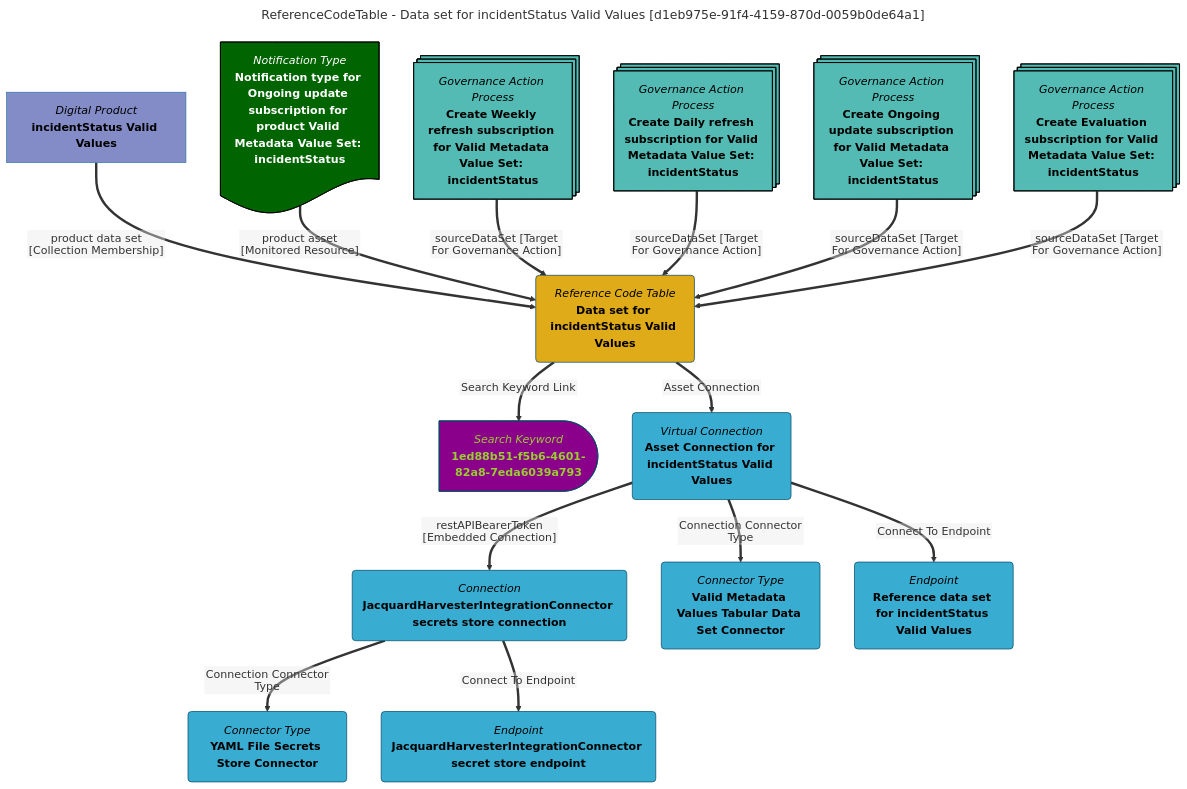
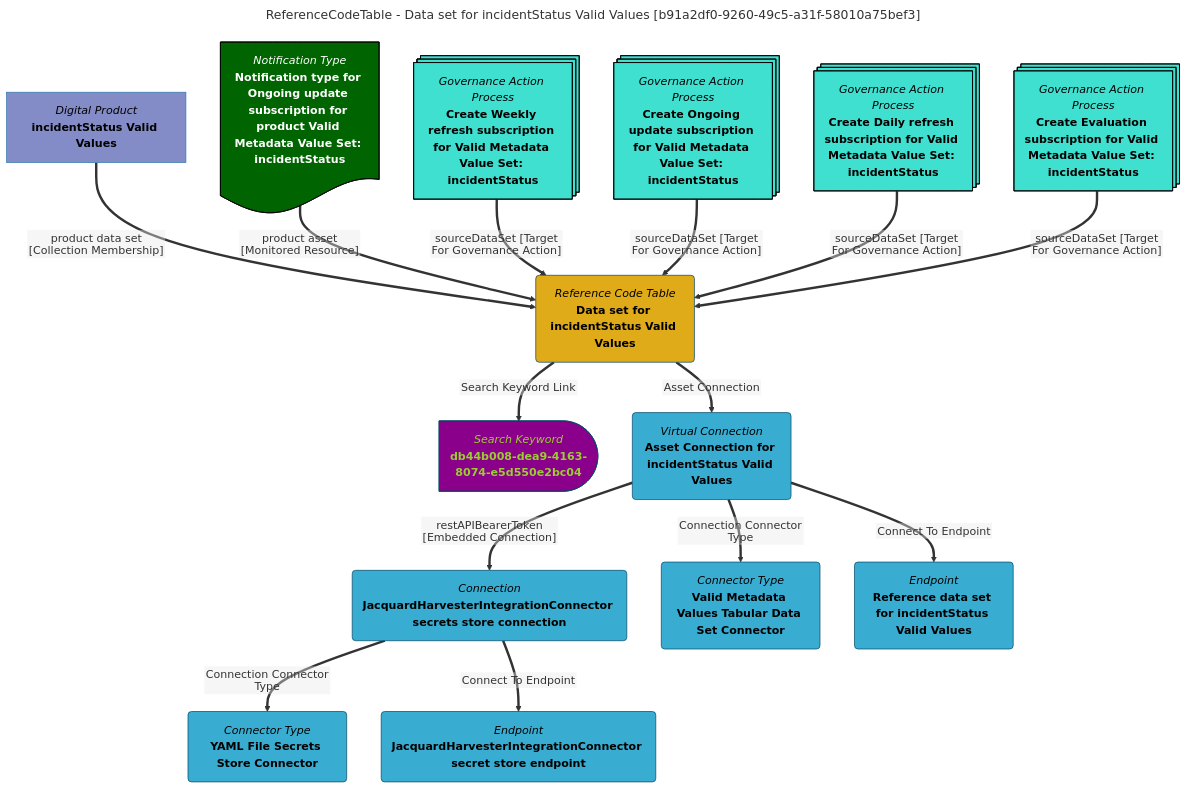
Before and after one commit to odpi/egeria-docs: the diagram in site/snippets/data-assets/data-set-for-incidentstatus-valid-values-mermaid-graph.md, drawn with Mermaid. The commit also changed 2201 other files, not shown here.

````diff
--- a/site/snippets/data-assets/data-set-for-incidentstatus-valid-values-mermaid-graph.md
+++ b/site/snippets/data-assets/data-set-for-incidentstatus-valid-values-mermaid-graph.md
@@ -1,63 +1,63 @@
 ```mermaid
 ---
-title: ReferenceCodeTable - Data set for incidentStatus Valid Values [d1eb975e-91f4-4159-870d-0059b0de64a1]
+title: ReferenceCodeTable - Data set for incidentStatus Valid Values [b91a2df0-9260-49c5-a31f-58010a75bef3]
 ---
 flowchart TD
 %%{init: {"flowchart": {"htmlLabels": false}} }%%
 
 1@{ shape: rounded, label: "*Reference Code Table*
 **Data set for incidentStatus Valid Values**"}
 2@{ shape: delay, label: "*Search Keyword*
-**1ed88b51-f5b6-4601-82a8-7eda6039a793**"}
+**db44b008-dea9-4163-8074-e5d550e2bc04**"}
 1==>|"Search Keyword Link"|2
 3@{ shape: rect, label: "*Digital Product*
 **incidentStatus Valid Values**"}
 3==>|"product data set [Collection Membership]"|1
 4@{ shape: rounded, label: "*Virtual Connection*
 **Asset Connection for incidentStatus Valid Values**"}
 1==>|"Asset Connection"|4
 5@{ shape: rounded, label: "*Connection*
 **JacquardHarvesterIntegrationConnector secrets store connection**"}
 4==>|"restAPIBearerToken [Embedded Connection]"|5
 6@{ shape: rounded, label: "*Connector Type*
 **YAML File Secrets Store Connector**"}
 5==>|"Connection Connector Type"|6
 7@{ shape: rounded, label: "*Endpoint*
 **JacquardHarvesterIntegrationConnector secret store endpoint**"}
 5==>|"Connect To Endpoint"|7
 8@{ shape: rounded, label: "*Connector Type*
 **Valid Metadata Values Tabular Data Set Connector**"}
 4==>|"Connection Connector Type"|8
 9@{ shape: rounded, label: "*Endpoint*
 **Reference data set for incidentStatus Valid Values**"}
 4==>|"Connect To Endpoint"|9
 10@{ shape: doc, label: "*Notification Type*
 **Notification type for Ongoing update subscription for product Valid Metadata Value Set: incidentStatus**"}
 10==>|"product asset [Monitored Resource]"|1
 11@{ shape: processes, label: "*Governance Action Process*
 **Create Weekly refresh subscription for Valid Metadata Value Set: incidentStatus**"}
 11==>|"sourceDataSet [Target For Governance Action]"|1
 12@{ shape: processes, label: "*Governance Action Process*
-**Create Daily refresh subscription for Valid Metadata Value Set: incidentStatus**"}
+**Create Ongoing update subscription for Valid Metadata Value Set: incidentStatus**"}
 12==>|"sourceDataSet [Target For Governance Action]"|1
 13@{ shape: processes, label: "*Governance Action Process*
-**Create Ongoing update subscription for Valid Metadata Value Set: incidentStatus**"}
+**Create Daily refresh subscription for Valid Metadata Value Set: incidentStatus**"}
 13==>|"sourceDataSet [Target For Governance Action]"|1
 14@{ shape: processes, label: "*Governance Action Process*
 **Create Evaluation subscription for Valid Metadata Value Set: incidentStatus**"}
 14==>|"sourceDataSet [Target For Governance Action]"|1
-style 11 color:#000000, fill:#53bbb4, stroke:#000000
-style 12 color:#000000, fill:#53bbb4, stroke:#000000
-style 13 color:#000000, fill:#53bbb4, stroke:#000000
-style 14 color:#000000, fill:#53bbb4, stroke:#000000
+style 11 color:#000000, fill:#40E0D0, stroke:#000000
+style 12 color:#000000, fill:#40E0D0, stroke:#000000
+style 13 color:#000000, fill:#40E0D0, stroke:#000000
+style 14 color:#000000, fill:#40E0D0, stroke:#000000
 style 1 color:#000000, fill:#e0ab18, stroke:#004563
-style 2 color:#9acd32, fill:#8b008b, stroke:#004563
+style 2 color:#9ACD32, fill:#8B008B, stroke:#004563
 style 3 color:#000000, fill:#838cc7, stroke:#3079ab
 style 4 color:#000000, fill:#39add1, stroke:#004563
 style 5 color:#000000, fill:#39add1, stroke:#004563
 style 6 color:#000000, fill:#39add1, stroke:#004563
 style 7 color:#000000, fill:#39add1, stroke:#004563
 style 8 color:#000000, fill:#39add1, stroke:#004563
 style 9 color:#000000, fill:#39add1, stroke:#004563
 style 10 color:#FFFFFF, fill:#006400, stroke:#000000
 ```
````
